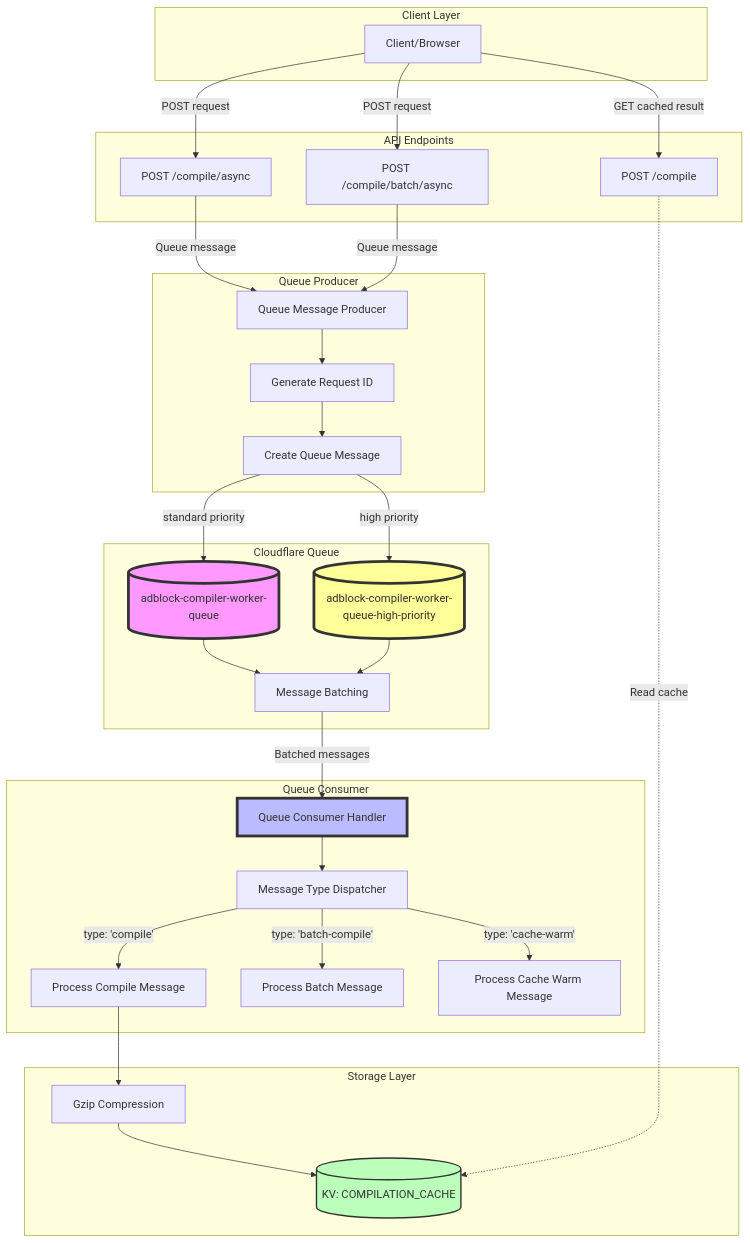
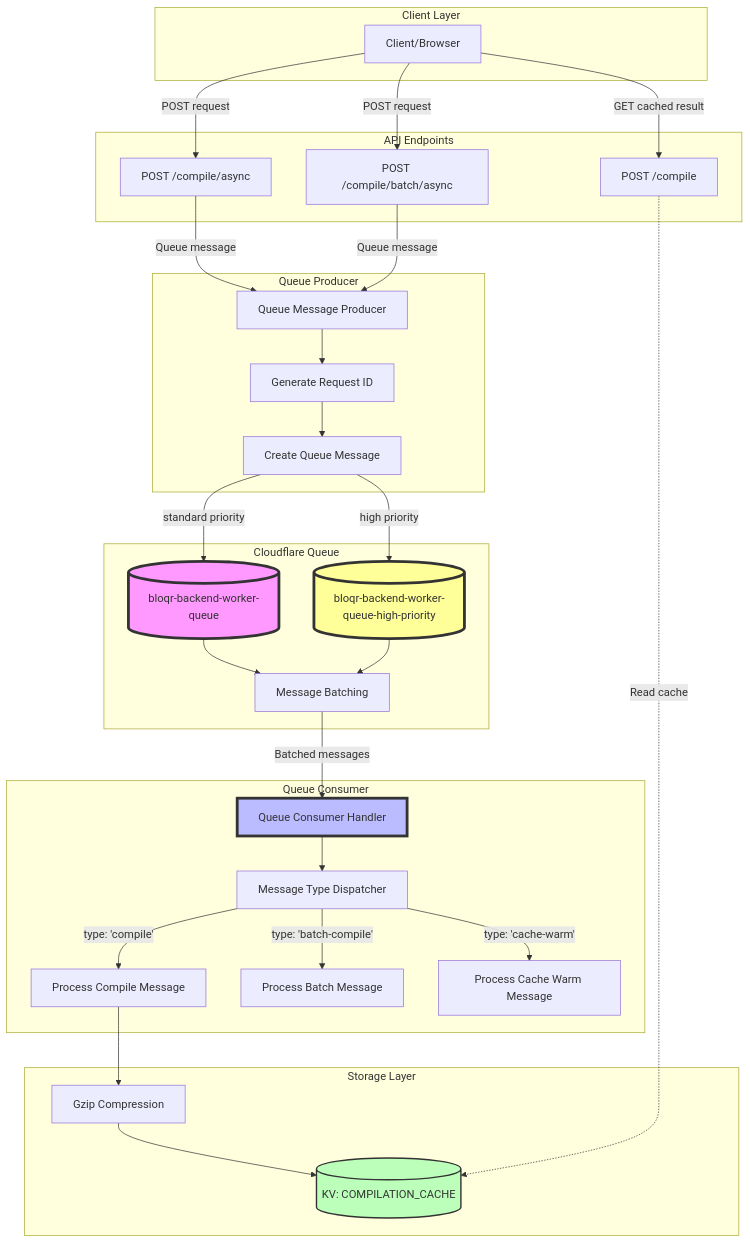
One commit to jaypatrick/adblock-compiler changed the first of 3 diagrams in docs/cloudflare/QUEUE_SUPPORT.md. Above: the diagram before and after it, drawn with Mermaid. The commit also changed other lines of this file and 43 other files, not shown here.

First line of the commit message:
chore: rename Cloudflare infrastructure identifiers from adblock-compiler-* to bloqr-backend-* (#1767)

````diff
--- a/docs/cloudflare/QUEUE_SUPPORT.md
+++ b/docs/cloudflare/QUEUE_SUPPORT.md
@@ -489,68 +489,68 @@
 ```mermaid
 graph TB
     subgraph "Client Layer"
         CLIENT[Client/Browser]
     end
 
     subgraph "API Endpoints"
         ASYNC_EP[POST /compile/async]
         BATCH_EP[POST /compile/batch/async]
         SYNC_EP[POST /compile]
     end
 
     subgraph "Queue Producer"
         ENQUEUE[Queue Message Producer]
         GEN_ID[Generate Request ID]
         CREATE_MSG[Create Queue Message]
     end
 
     subgraph "Cloudflare Queue"
-        QUEUE[(adblock-compiler-worker-queue)]
-        QUEUE_HIGH[(adblock-compiler-worker-queue-high-priority)]
+        QUEUE[(bloqr-backend-worker-queue)]
+        QUEUE_HIGH[(bloqr-backend-worker-queue-high-priority)]
         QUEUE_BATCH[Message Batching]
     end
 
     subgraph "Queue Consumer"
         CONSUMER[Queue Consumer Handler]
         DISPATCHER[Message Type Dispatcher]
         COMPILE_PROC[Process Compile Message]
         BATCH_PROC[Process Batch Message]
         CACHE_PROC[Process Cache Warm Message]
     end
 
     subgraph "Storage Layer"
         KV_CACHE[(KV: COMPILATION_CACHE)]
         COMPRESS[Gzip Compression]
     end
 
     CLIENT -->|POST request| ASYNC_EP
     CLIENT -->|POST request| BATCH_EP
     CLIENT -->|GET cached result| SYNC_EP
 
     ASYNC_EP -->|Queue message| ENQUEUE
     BATCH_EP -->|Queue message| ENQUEUE
 
     ENQUEUE --> GEN_ID
     GEN_ID --> CREATE_MSG
     CREATE_MSG -->|standard priority| QUEUE
     CREATE_MSG -->|high priority| QUEUE_HIGH
 
     QUEUE --> QUEUE_BATCH
     QUEUE_HIGH --> QUEUE_BATCH
     QUEUE_BATCH -->|Batched messages| CONSUMER
 
     CONSUMER --> DISPATCHER
     DISPATCHER -->|type: 'compile'| COMPILE_PROC
     DISPATCHER -->|type: 'batch-compile'| BATCH_PROC
     DISPATCHER -->|type: 'cache-warm'| CACHE_PROC
 
     COMPILE_PROC --> COMPRESS
     COMPRESS --> KV_CACHE
 
     SYNC_EP -.->|Read cache| KV_CACHE
 
     style QUEUE fill:#f9f,stroke:#333,stroke-width:4px
     style QUEUE_HIGH fill:#ff9,stroke:#333,stroke-width:4px
     style CONSUMER fill:#bbf,stroke:#333,stroke-width:4px
     style KV_CACHE fill:#bfb,stroke:#333,stroke-width:2px
 ```
````
